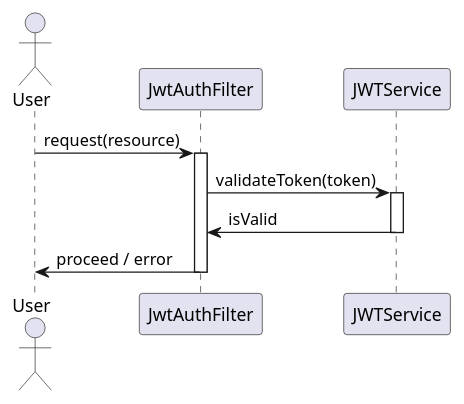
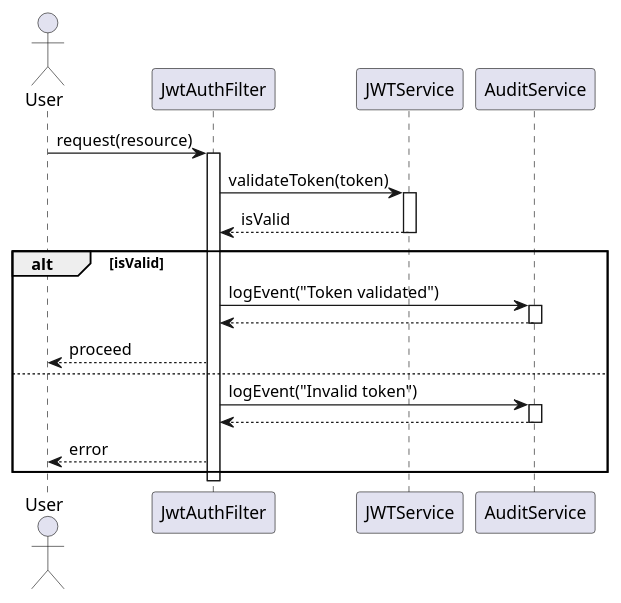
The third of 6 diagrams in identityprovider/documentation/detaileddesign.adoc (Dinesh-s95/AutoDoc.ai), drawn with PlantUML before and after one commit. The commit also changed other lines of this file and 19 other files, not shown here.

```diff
--- a/identityprovider/documentation/detaileddesign.adoc
+++ b/identityprovider/documentation/detaileddesign.adoc
@@ -317,17 +334,34 @@
 [plantuml, jwt-validation-sequence, png]
 ----
 @startuml
 actor User
 participant JwtAuthFilter
 participant JWTService
+participant AuditService
 
 User -> JwtAuthFilter : request(resource)
 activate JwtAuthFilter
+
 JwtAuthFilter -> JWTService : validateToken(token)
 activate JWTService
-JWTService -> JwtAuthFilter : isValid
+JWTService --> JwtAuthFilter : isValid
 deactivate JWTService
-JwtAuthFilter -> User : proceed / error
+
+alt isValid
+    JwtAuthFilter -> AuditService : logEvent("Token validated")
+    activate AuditService
+    AuditService --> JwtAuthFilter
+    deactivate AuditService
+
+    JwtAuthFilter --> User : proceed
+else
+    JwtAuthFilter -> AuditService : logEvent("Invalid token")
+    activate AuditService
+    AuditService --> JwtAuthFilter
+    deactivate AuditService
+
+    JwtAuthFilter --> User : error
+end
 deactivate JwtAuthFilter
 @enduml
 ----
```
